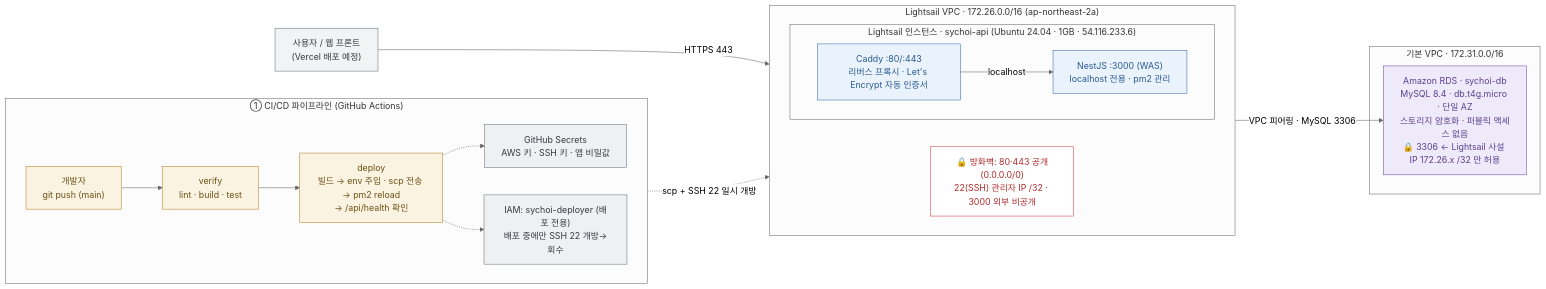
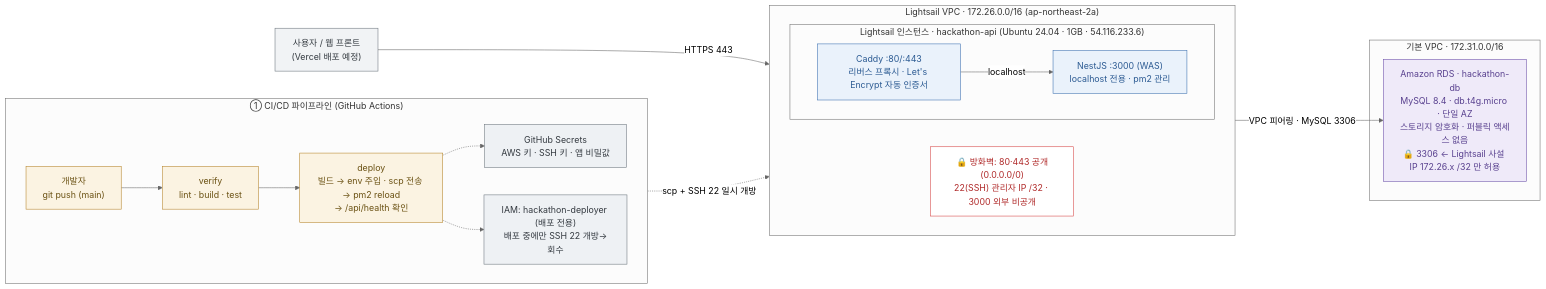
One commit to neordinary-hackathon-2/nerodinary_hackathon changed the diagram in server/docs/infra-architecture.mmd. Above: the diagram before and after it, drawn with Mermaid (neutral theme). The commit also changed 2 other files, not shown here.

Commit message:
docs: 구성도의 리소스 이름을 개인 계정명 대신 hackathon-* 으로 표기
팀 제출용이라 sychoi-api / sychoi-db / sychoi-deployer 를
hackathon-api / hackathon-db / hackathon-deployer 로 바꿨다.
실제 AWS 리소스 이름은 바꾸지 않았다.

```diff
--- a/server/docs/infra-architecture.mmd
+++ b/server/docs/infra-architecture.mmd
@@ -1,59 +1,59 @@
 %% AWS 인프라 구성도 — Ne(o)rdinary Hackathon (서버 파트)
 %% 수정용 소스. mermaid.live 또는 VS Code Mermaid 확장에서 열어 편집하세요.
 %% 최종 제출 이미지는 infra-architecture.svg / infra-architecture.png 를 사용합니다.
 flowchart LR
     user["사용자 / 웹 프론트<br/>(Vercel 배포 예정)"]
 
     subgraph cicd["① CI/CD 파이프라인 (GitHub Actions)"]
         direction LR
         dev["개발자<br/>git push (main)"]
         verify["verify<br/>lint · build · test"]
         deploy["deploy<br/>빌드 → env 주입 · scp 전송 → pm2 reload<br/>→ /api/health 확인"]
         secrets["GitHub Secrets<br/>AWS 키 · SSH 키 · 앱 비밀값"]
-        iam["IAM: sychoi-deployer (배포 전용)<br/>배포 중에만 SSH 22 개방→회수"]
+        iam["IAM: hackathon-deployer (배포 전용)<br/>배포 중에만 SSH 22 개방→회수"]
         dev --> verify --> deploy
         deploy -.-> secrets
         deploy -.-> iam
     end
 
     subgraph lsvpc["Lightsail VPC · 172.26.0.0/16 (ap-northeast-2a)"]
         direction LR
         fw["🔒 방화벽: 80·443 공개(0.0.0.0/0)<br/>22(SSH) 관리자 IP /32 · 3000 외부 비공개"]
-        subgraph inst["Lightsail 인스턴스 · sychoi-api (Ubuntu 24.04 · 1GB · 54.116.233.6)"]
+        subgraph inst["Lightsail 인스턴스 · hackathon-api (Ubuntu 24.04 · 1GB · 54.116.233.6)"]
             direction LR
             caddy["Caddy :80/:443<br/>리버스 프록시 · Let's Encrypt 자동 인증서"]
             nest["NestJS :3000 (WAS)<br/>localhost 전용 · pm2 관리"]
             caddy -->|localhost| nest
         end
     end
 
     subgraph defvpc["기본 VPC · 172.31.0.0/16"]
-        rds["Amazon RDS · sychoi-db<br/>MySQL 8.4 · db.t4g.micro · 단일 AZ<br/>스토리지 암호화 · 퍼블릭 액세스 없음<br/>🔒 3306 ← Lightsail 사설 IP 172.26.x /32 만 허용"]
+        rds["Amazon RDS · hackathon-db<br/>MySQL 8.4 · db.t4g.micro · 단일 AZ<br/>스토리지 암호화 · 퍼블릭 액세스 없음<br/>🔒 3306 ← Lightsail 사설 IP 172.26.x /32 만 허용"]
     end
 
     user -->|HTTPS 443| caddy
     nest -->|VPC 피어링 · MySQL 3306| rds
     deploy -.->|scp + SSH 22 일시 개방| inst
 
     classDef front fill:#F1F3F5,stroke:#6C757D,color:#343a40;
     classDef ci fill:#FBF3E2,stroke:#B5842A,color:#6b5214;
     classDef sec fill:#EEF1F4,stroke:#6C757D,color:#343a40;
     classDef comp fill:#EAF2FB,stroke:#3B6FB0,color:#2b5a92;
     classDef db fill:#EFEAF9,stroke:#6B4FA8,color:#59418f;
     classDef fwcls fill:#ffffff,stroke:#D64545,color:#b02a2a;
     class user front;
     class dev,verify,deploy ci;
     class secrets,iam sec;
     class caddy,nest comp;
     class rds db;
     class fw fwcls;
 
 %% ─────────────────────────────────────────────
 %% 인프라 심사 항목 충족 지점
 %%  • WAS/DB 분리 : Lightsail(NestJS) ↔ RDS, 서로 다른 VPC + 피어링
 %%  • HTTPS 적용 : Caddy + Let's Encrypt 자동 인증서(443)
 %%  • DB 포트 외부 비노출 : RDS 퍼블릭 액세스 없음, 3306 사설 IP /32 만
 %%  • 불필요한 포트 비공개 : 80·443만 공개, 3000 비공개, SSH 22 한시 개방
 %%  • CI/CD 자동화 : GitHub Actions verify → deploy → health check
 %%  • 민감정보 관리 : 비밀값은 모두 GitHub Secrets, 배포 때 .env.production(600)으로 주입
 %% ─────────────────────────────────────────────
```
